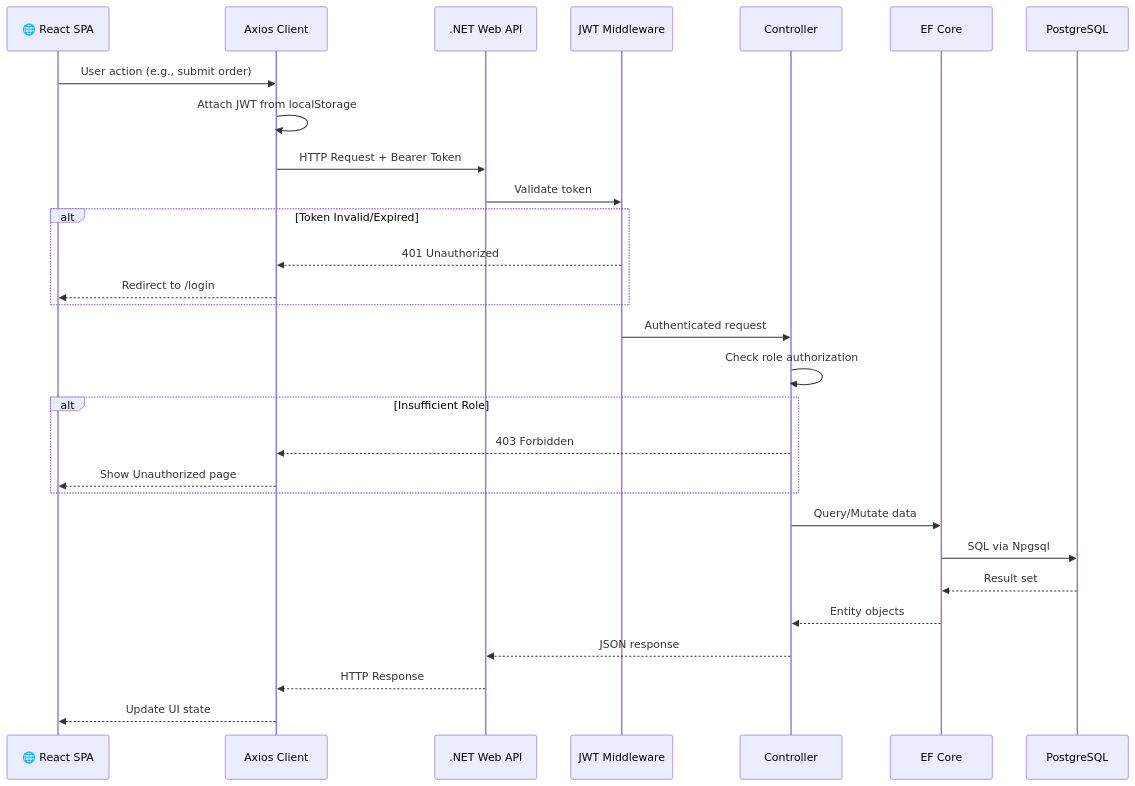
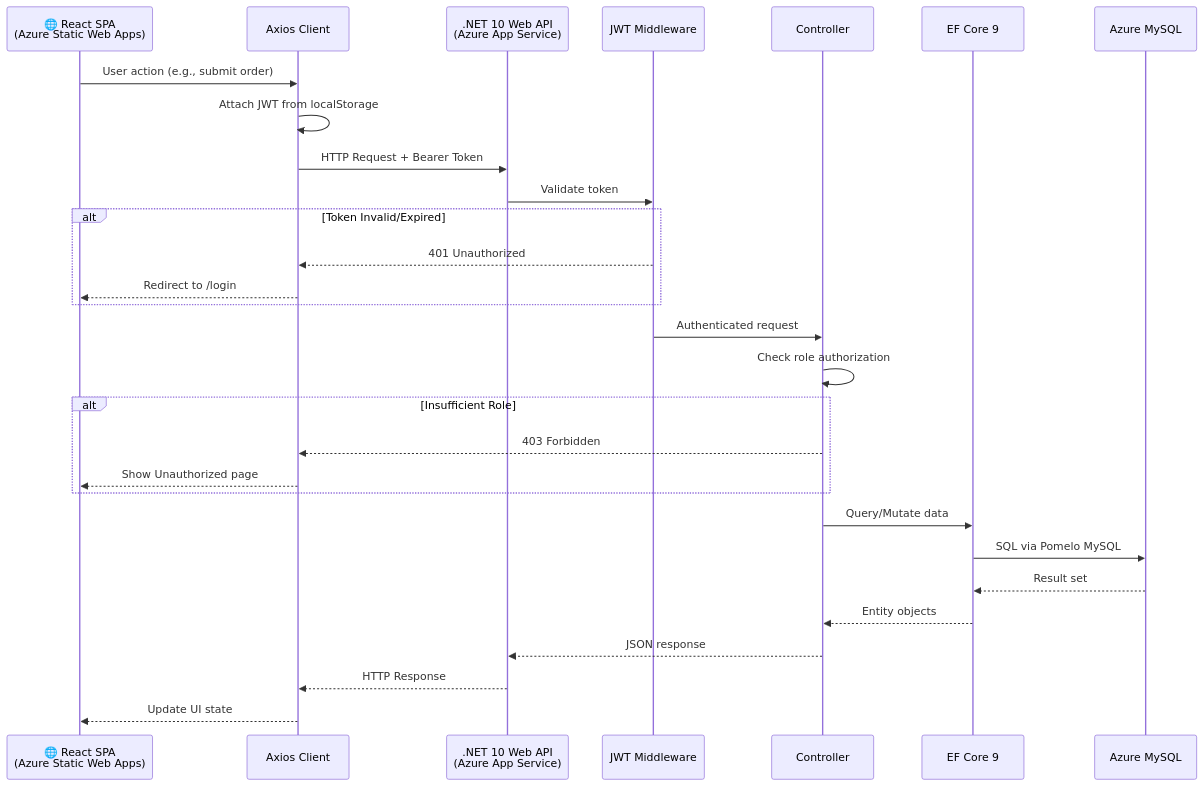
The tenth of 10 diagrams in flowchart.md (SalmonSama/chemical_ordering_monitoring_system_document), drawn with Mermaid before and after one commit. The commit also changed other lines of this file and 1 other file, not shown here.

First line of the commit message:
Remove peroxide FK, add favorites, move to Azure

````diff
--- a/flowchart.md
+++ b/flowchart.md
@@ -607,35 +617,35 @@
 ```mermaid
 sequenceDiagram
-    participant Browser as 🌐 React SPA
+    participant Browser as 🌐 React SPA<br/>(Azure Static Web Apps)
     participant Axios as Axios Client
-    participant API as .NET Web API
+    participant API as .NET 10 Web API<br/>(Azure App Service)
     participant JWT as JWT Middleware
     participant Controller as Controller
-    participant EF as EF Core
-    participant DB as PostgreSQL
+    participant EF as EF Core 9
+    participant DB as Azure MySQL
 
     Browser->>Axios: User action (e.g., submit order)
     Axios->>Axios: Attach JWT from localStorage
     Axios->>API: HTTP Request + Bearer Token
 
     API->>JWT: Validate token
     alt Token Invalid/Expired
         JWT-->>Axios: 401 Unauthorized
         Axios-->>Browser: Redirect to /login
     end
 
     JWT->>Controller: Authenticated request
     Controller->>Controller: Check role authorization
     alt Insufficient Role
         Controller-->>Axios: 403 Forbidden
         Axios-->>Browser: Show Unauthorized page
     end
 
     Controller->>EF: Query/Mutate data
-    EF->>DB: SQL via Npgsql
+    EF->>DB: SQL via Pomelo MySQL
     DB-->>EF: Result set
     EF-->>Controller: Entity objects
     Controller-->>API: JSON response
     API-->>Axios: HTTP Response
     Axios-->>Browser: Update UI state
 ```
````
